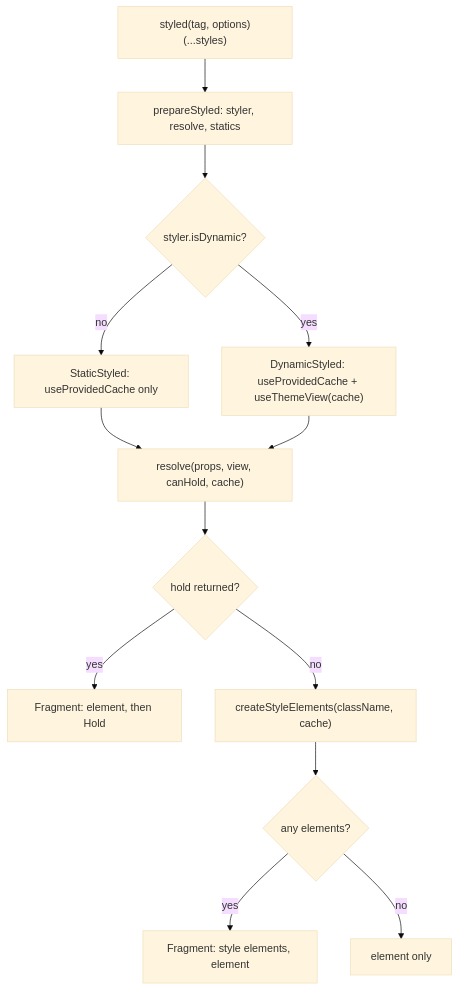
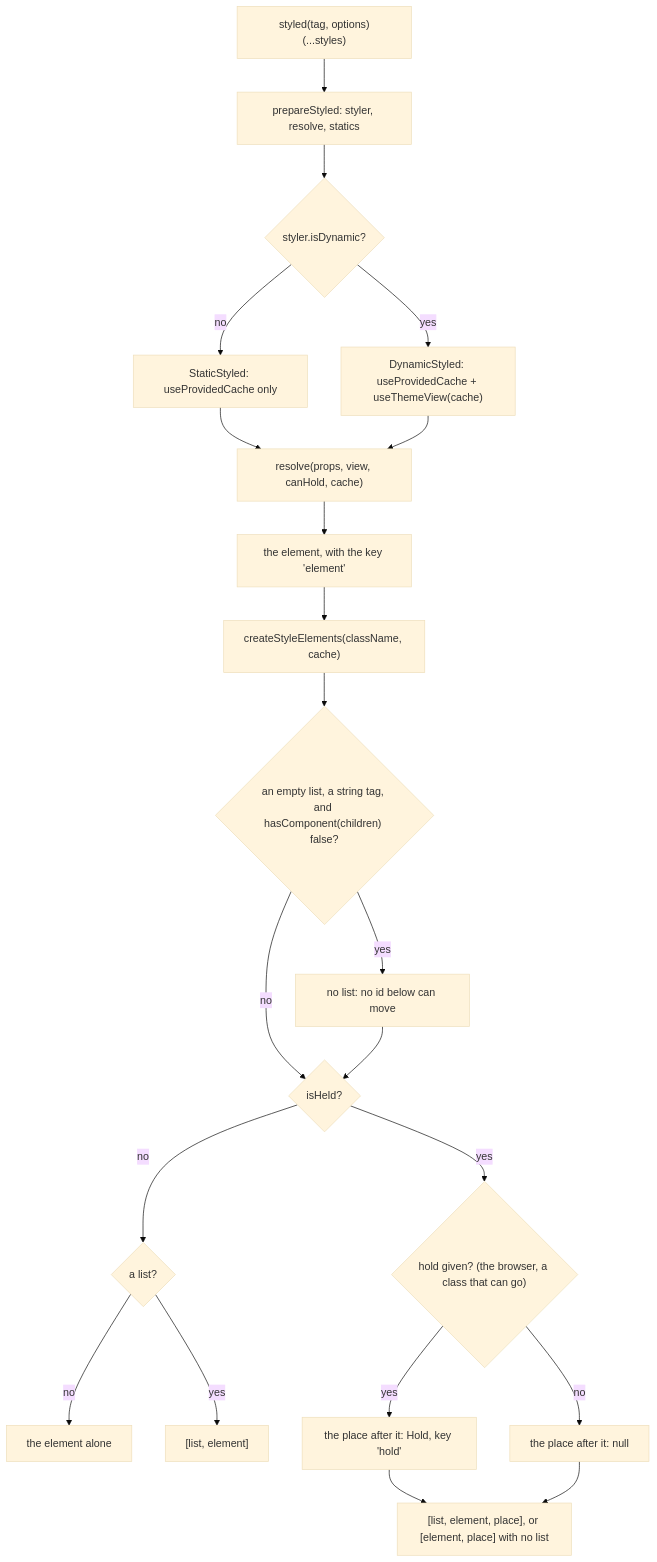
Before and after one commit to soroush-tech/umber-style: the diagram in packages/react/src/styled.md, drawn with Mermaid (base theme). The commit also changed other lines of this file and 23 other files, not shown here.

````diff
--- a/packages/react/src/styled.md
+++ b/packages/react/src/styled.md
@@ -20,15 +22,23 @@
 ```mermaid
 flowchart TD
   call["styled(tag, options)(...styles)"] --> prep["prepareStyled: styler, resolve, statics"]
   prep --> dyn{"styler.isDynamic?"}
   dyn -->|no| st["StaticStyled: useProvidedCache only"]
   dyn -->|yes| dy["DynamicStyled: useProvidedCache + useThemeView(cache)"]
   st --> res["resolve(props, view, canHold, cache)"]
   dy --> res
-  res --> hold{"hold returned?"}
-  hold -->|yes| h["Fragment: element, then Hold"]
-  hold -->|no| els["createStyleElements(className, cache)"]
-  els --> any{"any elements?"}
-  any -->|yes| f["Fragment: style elements, element"]
-  any -->|no| e["element only"]
+  res --> key["the element, with the key 'element'"]
+  key --> els["createStyleElements(className, cache)"]
+  els --> leaf{"an empty list, a string tag, and hasComponent(children) false?"}
+  leaf -->|yes| none["no list: no id below can move"]
+  leaf -->|no| held
+  none --> held{"isHeld?"}
+  held -->|no| one{"a list?"}
+  one -->|no| e["the element alone"]
+  one -->|yes| two["[list, element]"]
+  held -->|yes| after{"hold given? (the browser, a class that can go)"}
+  after -->|yes| h["the place after it: Hold, key 'hold'"]
+  after -->|no| n["the place after it: null"]
+  h --> three["[list, element, place], or [element, place] with no list"]
+  n --> three
 ```
````
